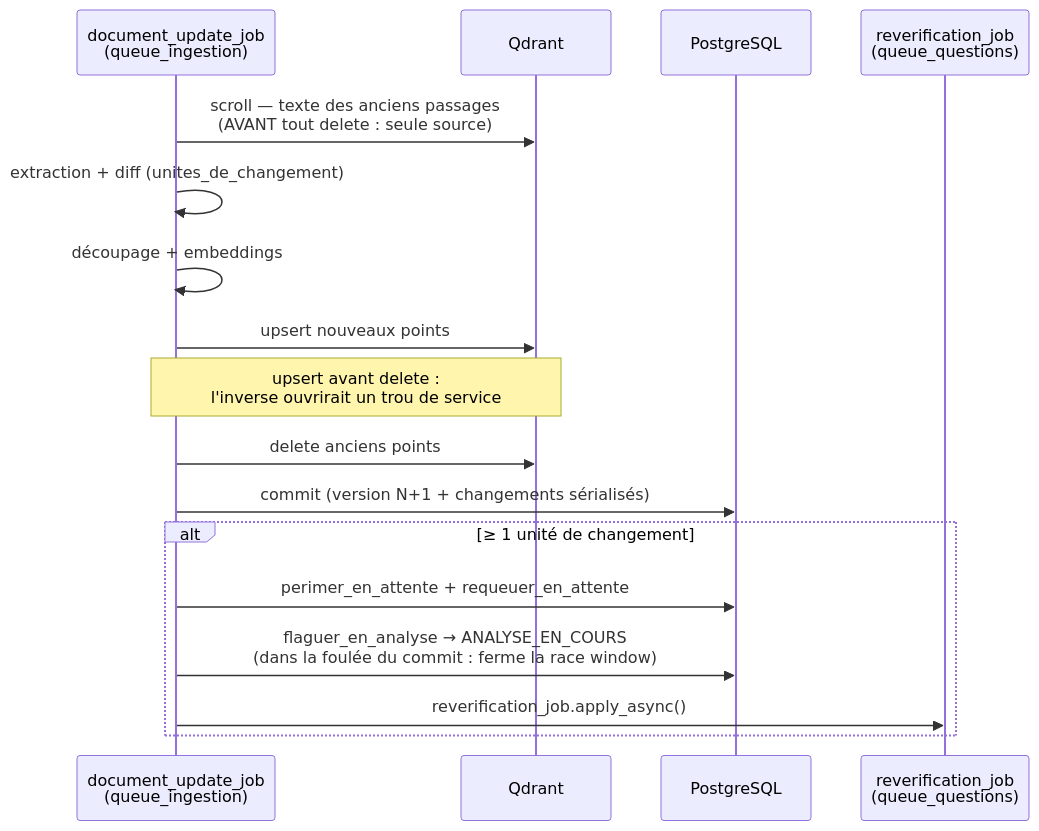
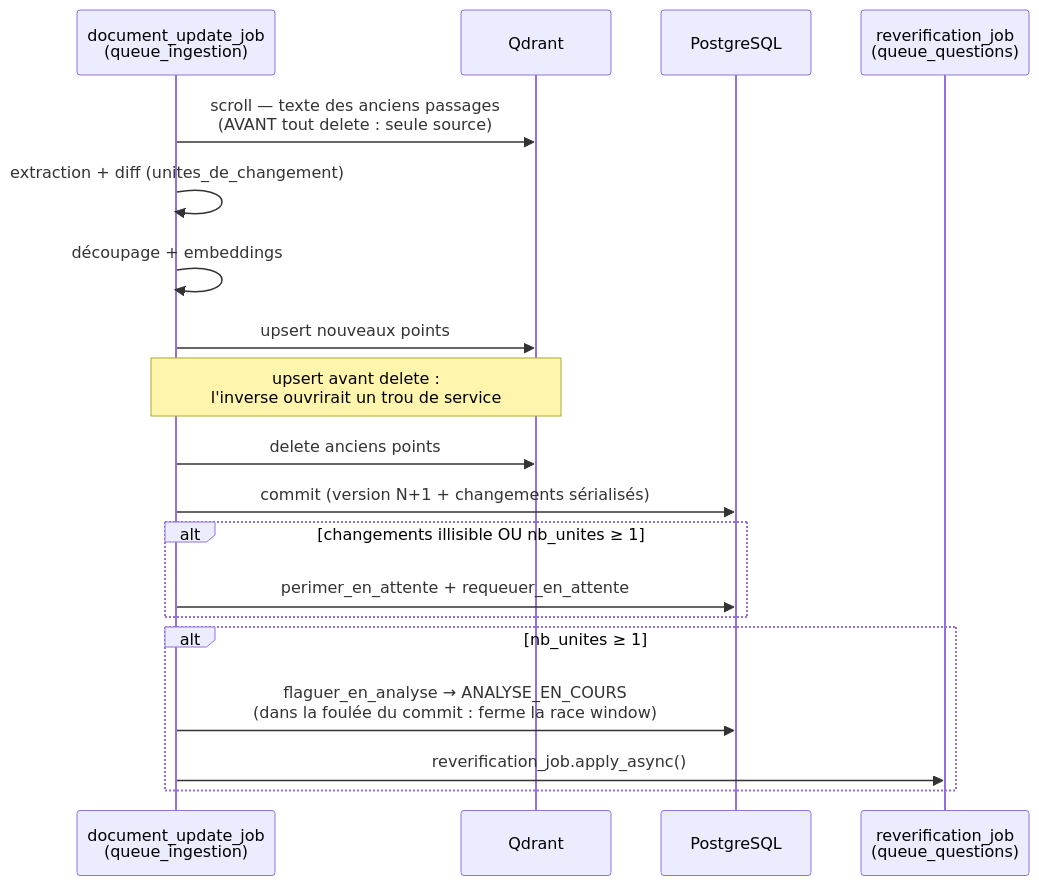
The fourth of 4 diagrams in Docs/mise-a-jour-documents.md (ThomasHWD/TicketAI), drawn with Mermaid before and after one commit. The commit also changed other lines of this file and 14 other files, not shown here.

````diff
--- a/Docs/mise-a-jour-documents.md
+++ b/Docs/mise-a-jour-documents.md
@@ -549,21 +555,23 @@
 ```mermaid
 sequenceDiagram
     participant W as document_update_job<br/>(queue_ingestion)
     participant Q as Qdrant
     participant PG as PostgreSQL
     participant R as reverification_job<br/>(queue_questions)
 
     W->>Q: scroll — texte des anciens passages<br/>(AVANT tout delete : seule source)
     W->>W: extraction + diff (unites_de_changement)
     W->>W: découpage + embeddings
     W->>Q: upsert nouveaux points
     Note over W,Q: upsert avant delete :<br/>l'inverse ouvrirait un trou de service
     W->>Q: delete anciens points
     W->>PG: commit (version N+1 + changements sérialisés)
 
-    alt ≥ 1 unité de changement
+    alt changements illisible OU nb_unites ≥ 1
         W->>PG: perimer_en_attente + requeuer_en_attente
+    end
+    alt nb_unites ≥ 1
         W->>PG: flaguer_en_analyse → ANALYSE_EN_COURS<br/>(dans la foulée du commit : ferme la race window)
         W->>R: reverification_job.apply_async()
     end
 ```
````
